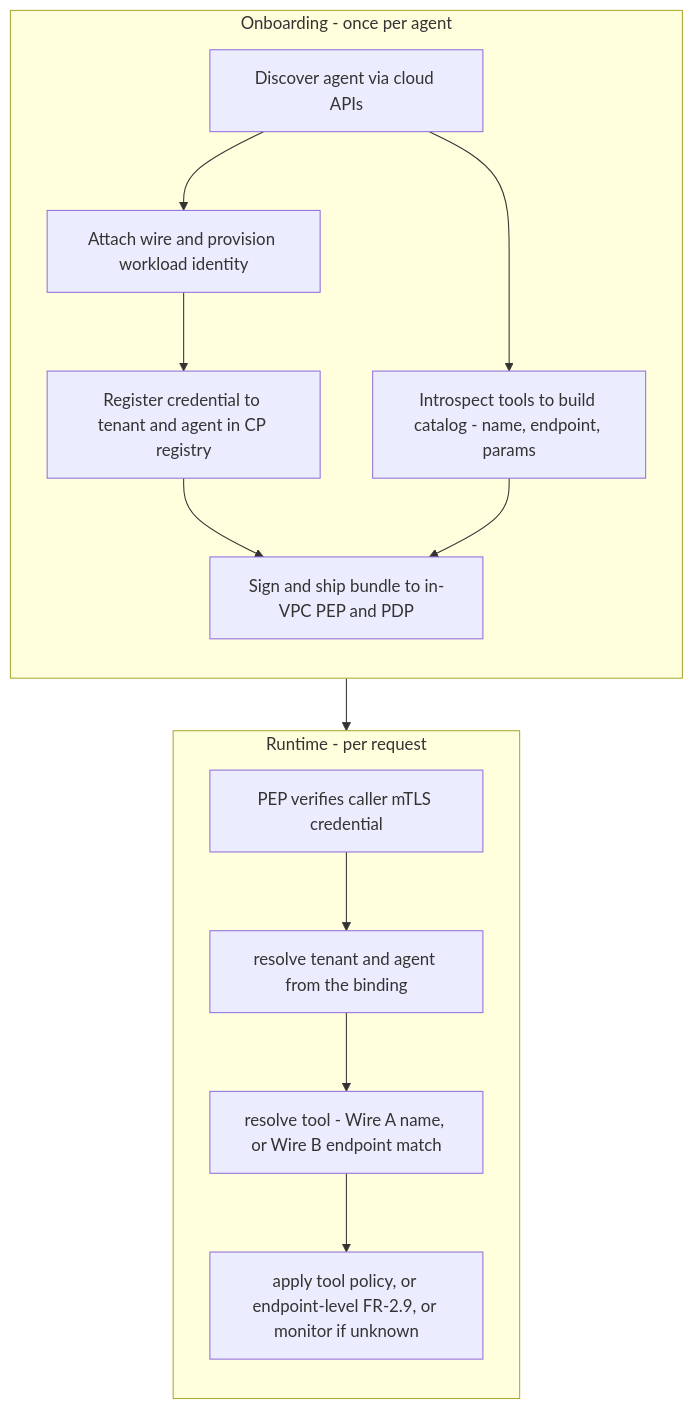
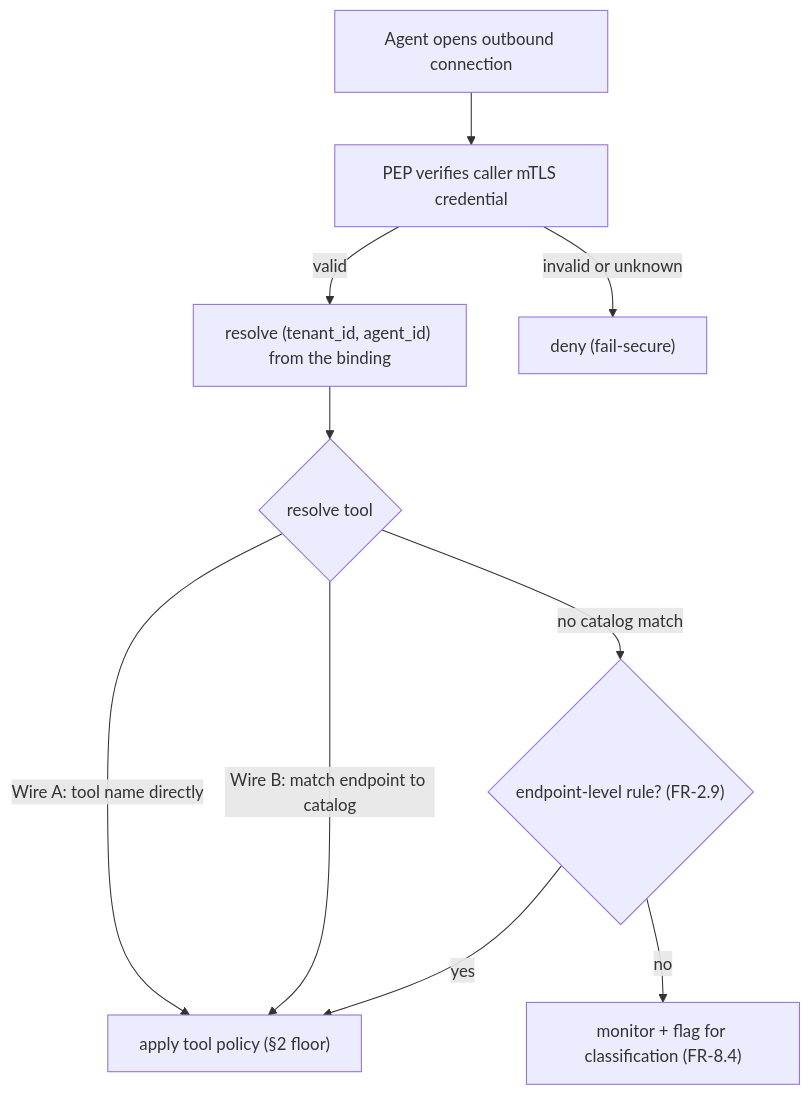
One commit to shashank31mar/Sentra changed the seventh of 12 diagrams in lld/25-network-sidecar-data-plane.md. Above: the diagram before and after it, drawn with Mermaid. The commit also changed other lines of this file and 1 other file, not shown here.

````diff
--- a/lld/25-network-sidecar-data-plane.md
+++ b/lld/25-network-sidecar-data-plane.md
@@ -542,22 +640,12 @@
 ```mermaid
 flowchart TB
-  subgraph SETUP["Onboarding - once per agent"]
-    direction TB
-    C1["Discover agent via cloud APIs"]
-    C2["Attach wire and provision workload identity"]
-    C3["Register credential to tenant and agent in CP registry"]
-    C4["Introspect tools to build catalog - name, endpoint, params"]
-    C5["Sign and ship bundle to in-VPC PEP and PDP"]
-    C1 --> C2 --> C3 --> C5
-    C1 --> C4 --> C5
-  end
-  subgraph RUN["Runtime - per request"]
-    direction TB
-    R1["PEP verifies caller mTLS credential"]
-    R2["resolve tenant and agent from the binding"]
-    R3["resolve tool - Wire A name, or Wire B endpoint match"]
-    R4["apply tool policy, or endpoint-level FR-2.9, or monitor if unknown"]
-    R1 --> R2 --> R3 --> R4
-  end
-  SETUP --> RUN
+  A["Agent opens outbound connection"] --> V["PEP verifies caller mTLS credential"]
+  V -->|valid| W["resolve (tenant_id, agent_id) from the binding"]
+  V -->|invalid or unknown| DENY["deny (fail-secure)"]
+  W --> T{"resolve tool"}
+  T -->|"Wire A: tool name directly"| POL["apply tool policy (§2 floor)"]
+  T -->|"Wire B: match endpoint to catalog"| POL
+  T -->|"no catalog match"| FB{"endpoint-level rule? (FR-2.9)"}
+  FB -->|yes| POL
+  FB -->|no| MON["monitor + flag for classification (FR-8.4)"]
 ```
````
